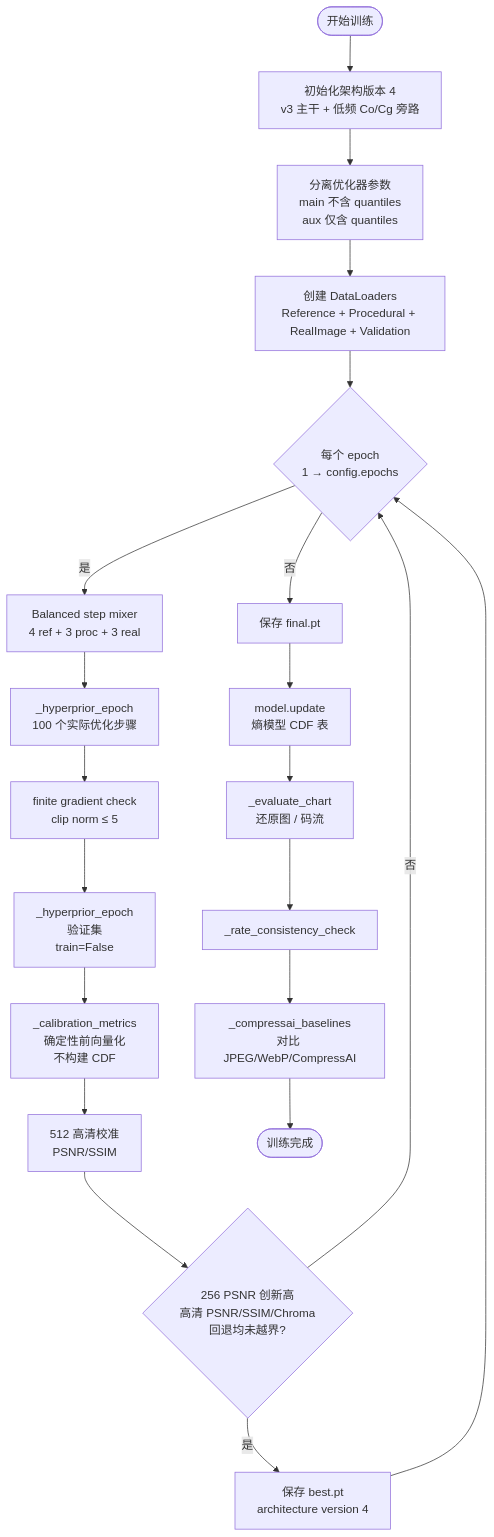
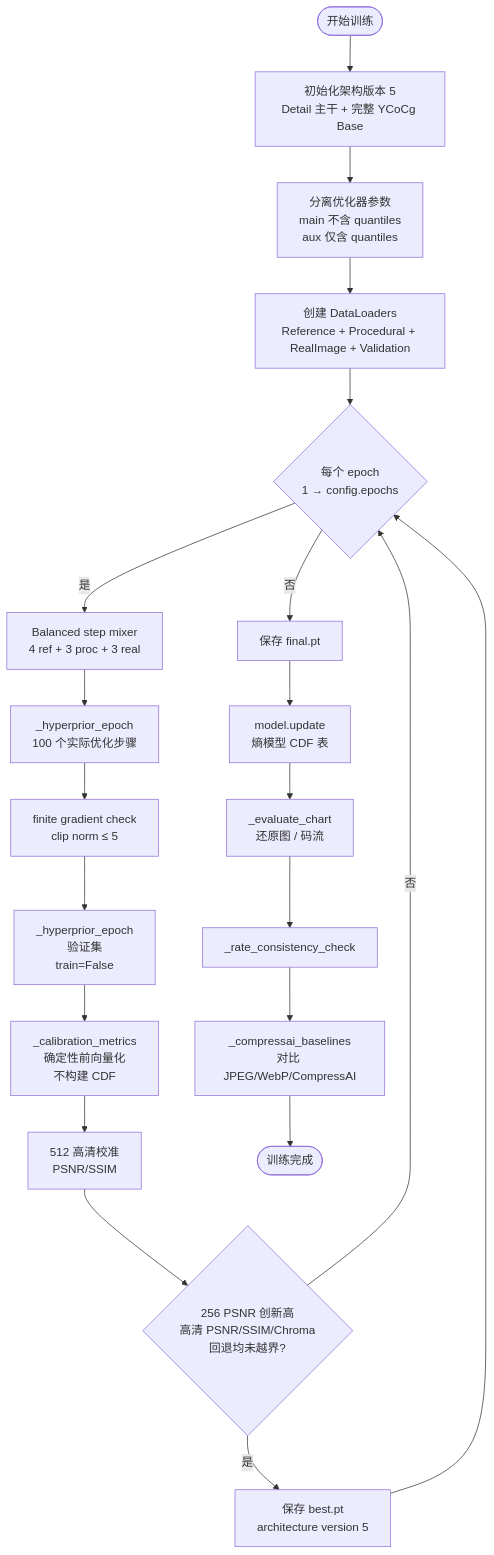
The ninth of 19 diagrams in docs/architecture.md (novvoo/kakeya-vae), drawn with Mermaid before and after one commit. The commit also changed other lines of this file and 8 other files, not shown here.

````diff
--- a/docs/architecture.md
+++ b/docs/architecture.md
@@ -481,25 +484,25 @@
 ```mermaid
 flowchart TD
-    START([开始训练]) --> INIT[初始化架构版本 4<br/>v3 主干 + 低频 Co/Cg 旁路]
+    START([开始训练]) --> INIT[初始化架构版本 5<br/>Detail 主干 + 完整 YCoCg Base]
     INIT --> SPLIT_OPT[分离优化器参数<br/>main 不含 quantiles<br/>aux 仅含 quantiles]
     SPLIT_OPT --> LOADERS[创建 DataLoaders<br/>Reference + Procedural + RealImage + Validation]
     LOADERS --> LOOP{每个 epoch<br/>1 → config.epochs}
 
     LOOP -->|是| MIX[Balanced step mixer<br/>4 ref + 3 proc + 3 real]
     MIX --> TRAIN[_hyperprior_epoch<br/>100 个实际优化步骤]
     TRAIN --> CLIP[finite gradient check<br/>clip norm ≤ 5]
     CLIP --> VALID[_hyperprior_epoch<br/>验证集<br/>train=False]
     VALID --> CALIB[_calibration_metrics<br/>确定性前向量化<br/>不构建 CDF]
     CALIB --> HD[512 高清校准<br/>PSNR/SSIM]
     HD --> CKPT{256 PSNR 创新高<br/>高清 PSNR/SSIM/Chroma<br/>回退均未越界?}
-    CKPT -->|是| SAVE[保存 best.pt<br/>architecture version 4]
+    CKPT -->|是| SAVE[保存 best.pt<br/>architecture version 5]
     SAVE --> LOOP
     CKPT -->|否| LOOP
 
     LOOP -->|否| FINAL[保存 final.pt]
     FINAL --> UPDATE[model.update<br/>熵模型 CDF 表]
     UPDATE --> EVAL[_evaluate_chart<br/>还原图 / 码流]
     EVAL --> RATE_CK[_rate_consistency_check]
     RATE_CK --> BASELINE[_compressai_baselines<br/>对比 JPEG/WebP/CompressAI]
     BASELINE --> DONE([训练完成])
 ```
````
